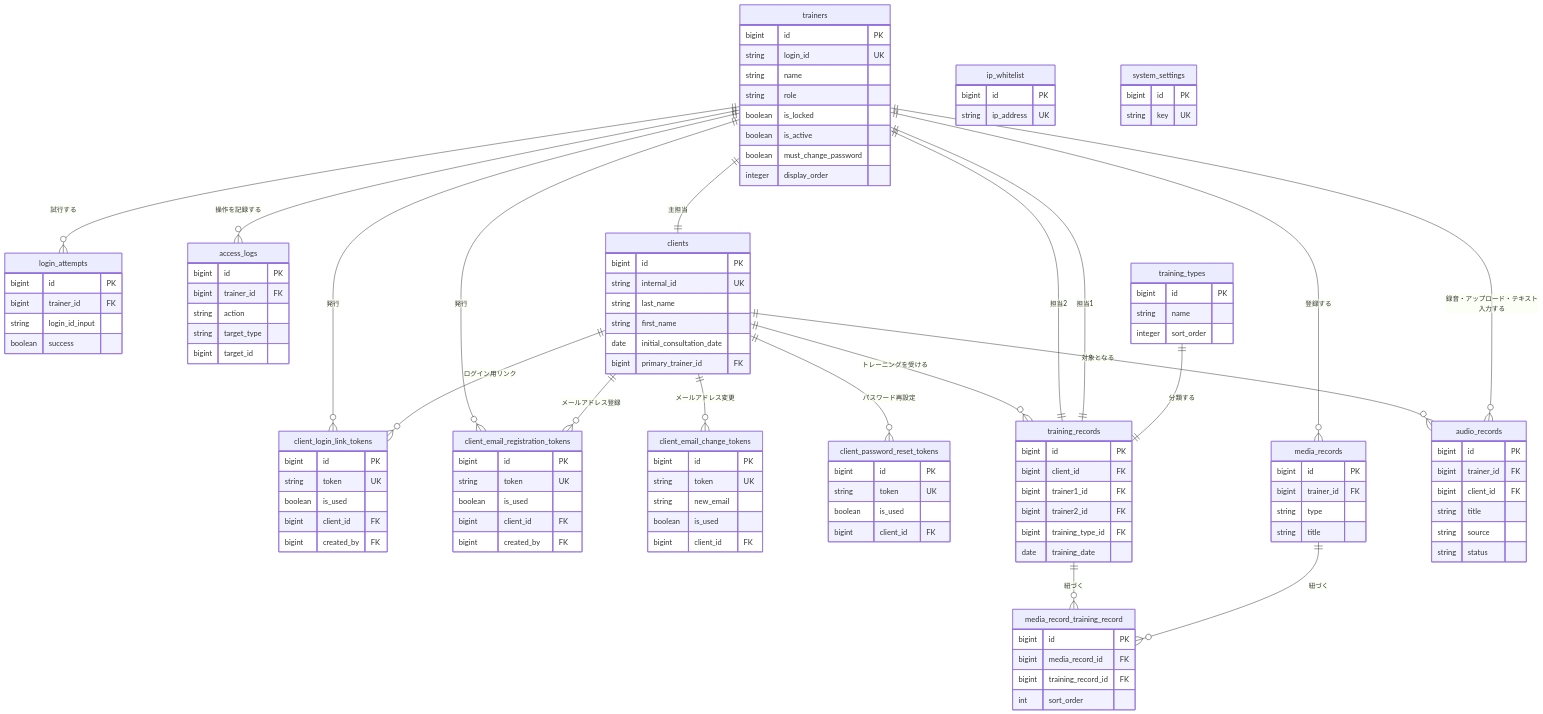
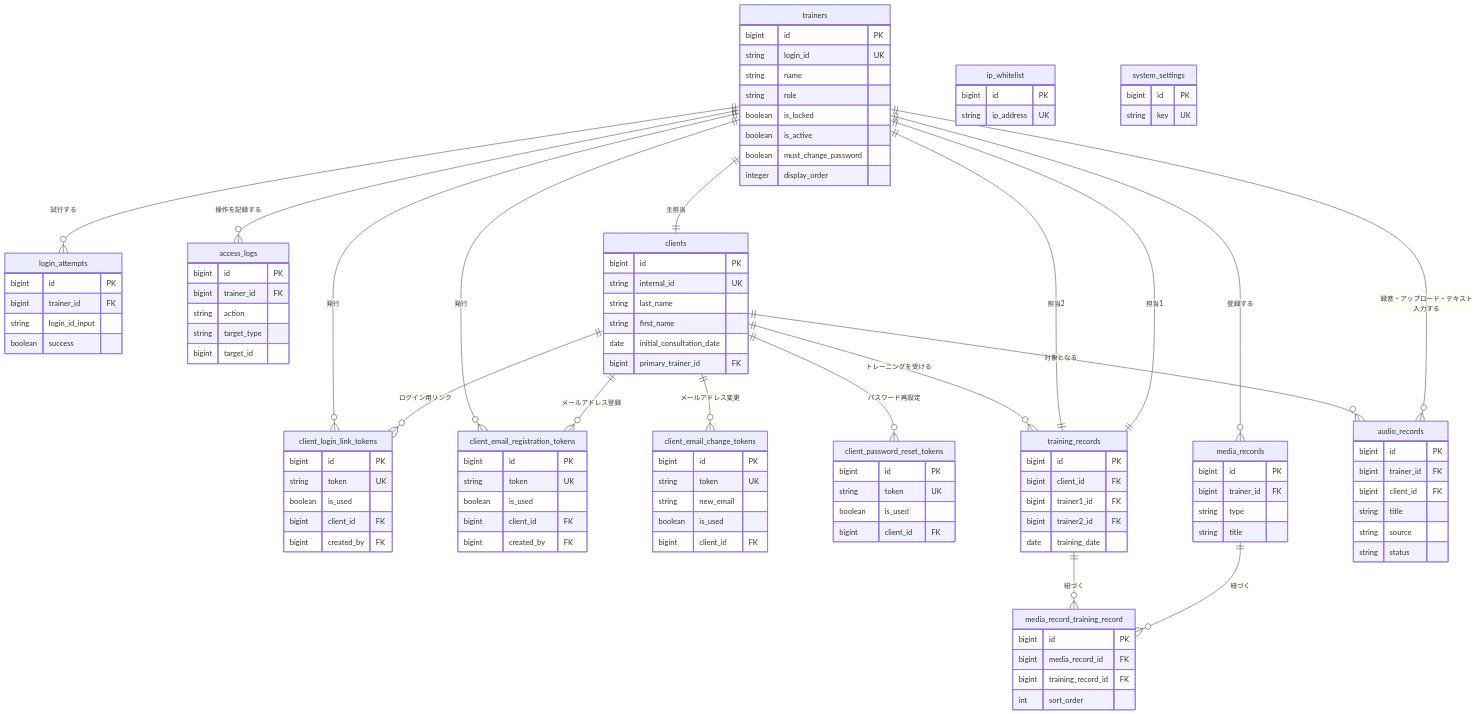
One commit to y-ouchi-inmylife/training-record-system changed the diagram in docs/db-schema.md. Above: the diagram before and after it, drawn with Mermaid. The commit also changed other lines of this file and 5 other files, not shown here.

```diff
--- a/docs/db-schema.md
+++ b/docs/db-schema.md
@@ -99,17 +99,8 @@
         bigint client_id FK
         bigint trainer1_id FK
         bigint trainer2_id FK
-        bigint training_type_id FK
         date training_date
     }
-
-    training_types {
-        bigint id PK
-        string name
-        integer sort_order
-    }
-
-    training_types ||--|| training_records : "分類する"
 
 
     media_records {
```
